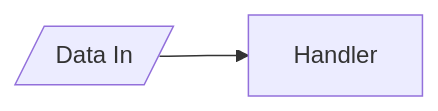
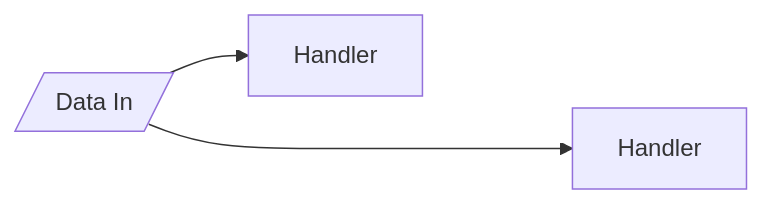
Before and after one commit to goncalo-oliveira/channels: the fourth of 5 diagrams in README.md, drawn with Mermaid. The commit also changed other lines of this file and 9 other files, not shown here.

````diff
--- a/README.md
+++ b/README.md
@@ -100,4 +97,5 @@
 ```mermaid
 graph LR;
-    in[/Data In/] --> H[Handler]
+    in[/Data In/] --> H1[Handler]
+    in ----> H2[Handler]
 ```
````
